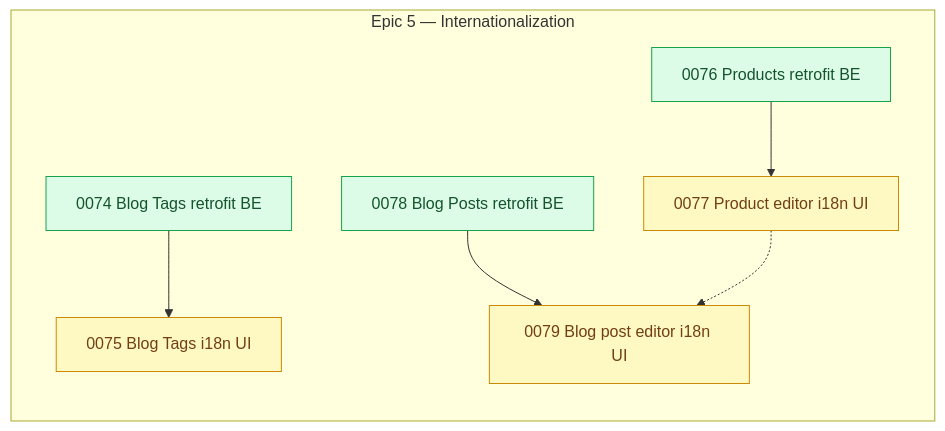
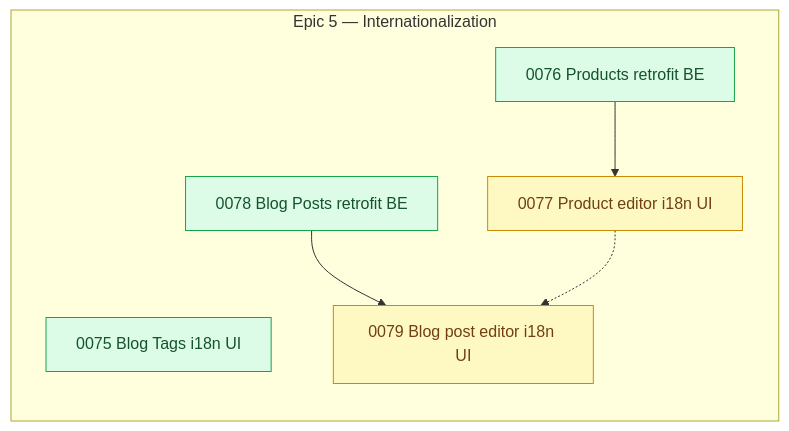
The diagram in arospe/ai-spec/tasks-map.md (shojen/AI4Devs-finalproject), drawn with Mermaid before and after one commit. The commit also changed other lines of this file and 7 other files, not shown here.

````diff
--- a/arospe/ai-spec/tasks-map.md
+++ b/arospe/ai-spec/tasks-map.md
@@ -532,7 +534,6 @@
 
     subgraph PEND_I18N["Epic 5 — Internationalization"]
         direction TB
-        P0074["0074 Blog Tags retrofit BE"]
         P0075["0075 Blog Tags i18n UI"]
         P0076["0076 Products retrofit BE"]
         P0077["0077 Product editor i18n UI"]
@@ -602,7 +603,7 @@
     %% this merge -- neither removal supersedes the other.)
     %% (P0067 -.-> P0069 dropped: 0067 closed to done/ 2026-10-02, the fourth Epic 5 story to close; its node and the conflict edge are removed.)
     %% (P0072 --> P0073 dropped: 0072 closed to done/ 2026-10-07; 0073 is now ready.)
-    P0074 --> P0075
+    %% (P0074 --> P0075 dropped: 0074 closed to done/ 2026-10-15; 0075 is now ready.)
     P0076 --> P0077
     P0078 --> P0079
     P0077 -.-> P0079
@@ -610,8 +611,8 @@
     %% (P0084 --> P0085 dropped: 0084 is done; 0085 is done too.)
     %% (P0083 -.-> P0085 and P0083 --> P0086 dropped: 0083 is done; 0086 is now ready.)
 
-    class P0075,P0077,P0079 pending;
-    class P0074,P0076,P0078 ready;
+    class P0077,P0079 pending;
+    class P0075,P0076,P0078 ready;
     %% (P0073 closed to done/ 2026-10-08; no node remains `claimed`.)
     %% (P0071 --> P0073/P0075/P0079 dropped: 0071 closed to done/ 2026-10-07.)
 ```
````
